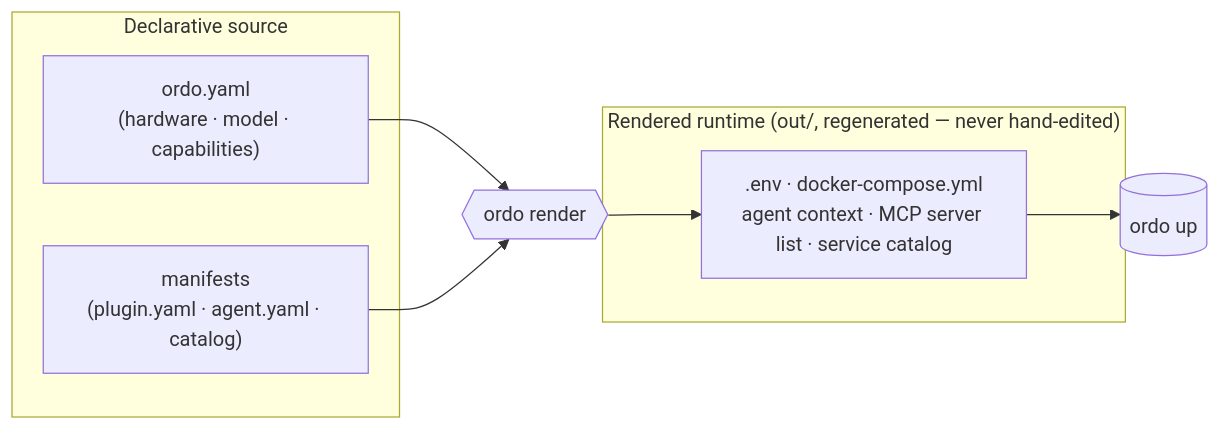
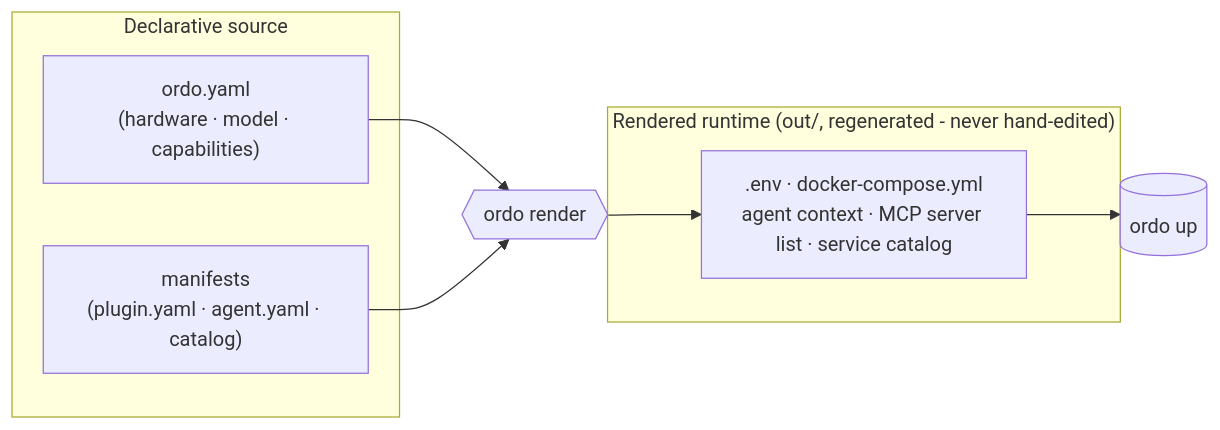
The first of 2 diagrams in README.md (AlienWalker1995/Ordo-AI-Stack), drawn with Mermaid before and after one commit. The commit also changed other lines of this file and 26 other files, not shown here.

````diff
--- a/README.md
+++ b/README.md
@@ -87,16 +87,16 @@
 ```mermaid
 flowchart LR
     subgraph source["Declarative source"]
         Y["ordo.yaml<br/>(hardware · model · capabilities)"]
         M["manifests<br/>(plugin.yaml · agent.yaml · catalog)"]
     end
     R{{"ordo render"}}
-    subgraph out["Rendered runtime (out/, regenerated — never hand-edited)"]
+    subgraph out["Rendered runtime (out/, regenerated - never hand-edited)"]
         C[".env · docker-compose.yml<br/>agent context · MCP server list · service catalog"]
     end
     D[("ordo up")]
     Y --> R
     M --> R
     R --> C
     C --> D
 ```
````
